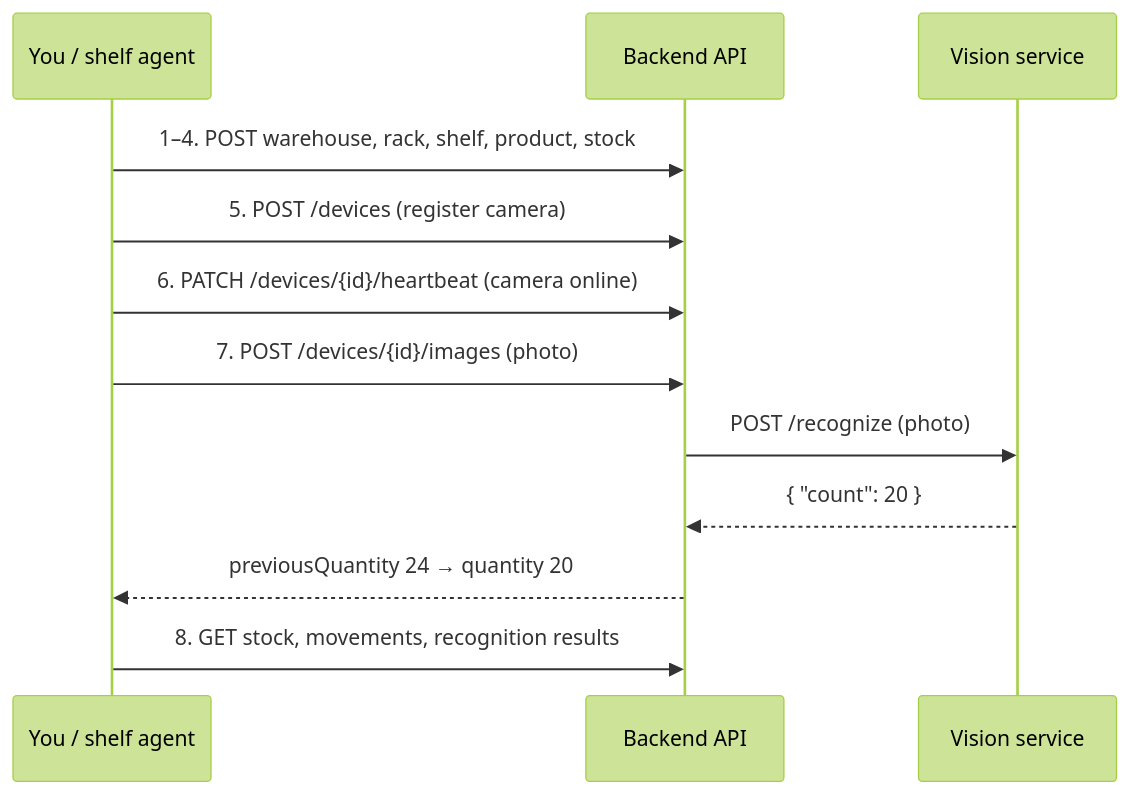
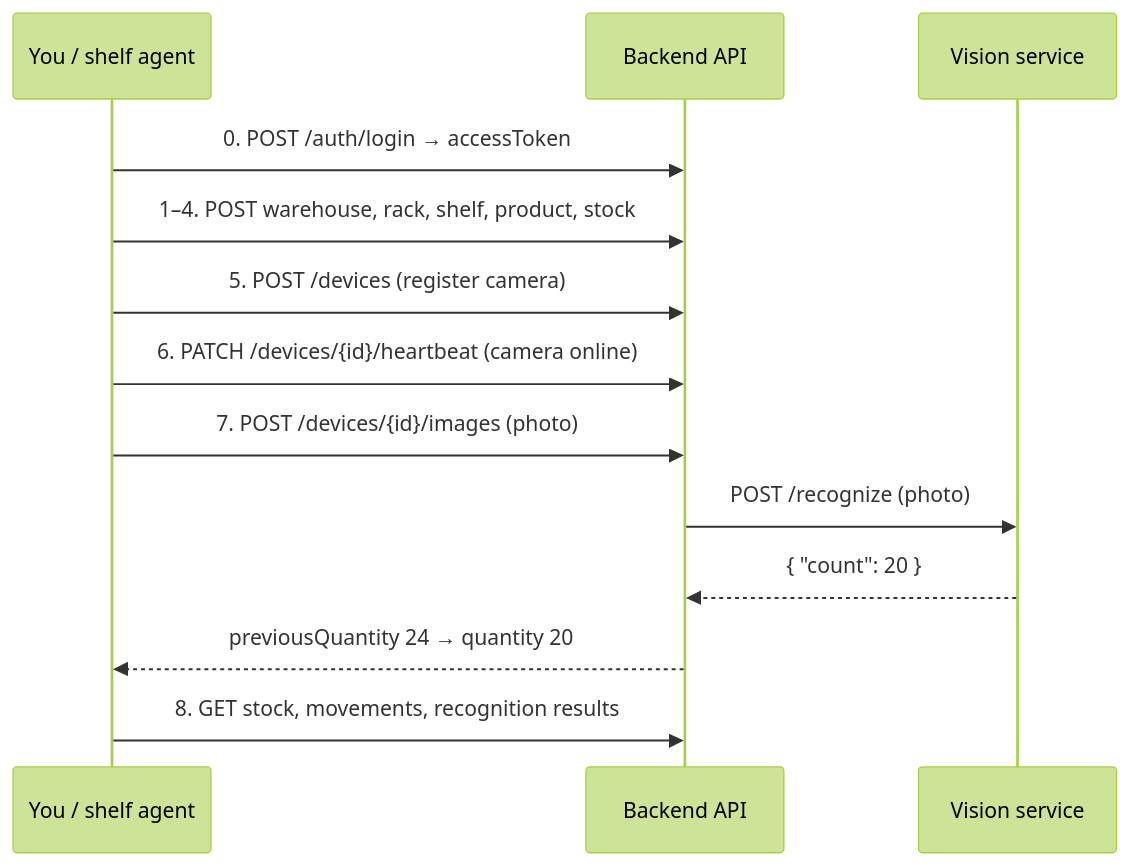
The diagram in Documentation/api/tutorials/connect-shelf-camera.md (Skri1l/Smart-Warehouse), drawn with Mermaid (forest theme) before and after one commit. The commit also changed other lines of this file and 7 other files, not shown here.

````diff
--- a/Documentation/api/tutorials/connect-shelf-camera.md
+++ b/Documentation/api/tutorials/connect-shelf-camera.md
@@ -9,14 +20,15 @@
 ```mermaid
 sequenceDiagram
   participant You as You / shelf agent
   participant API as Backend API
   participant V as Vision service
+  You->>API: 0. POST /auth/login → accessToken
   You->>API: 1–4. POST warehouse, rack, shelf, product, stock
   You->>API: 5. POST /devices (register camera)
   You->>API: 6. PATCH /devices/{id}/heartbeat (camera online)
   You->>API: 7. POST /devices/{id}/images (photo)
   API->>V: POST /recognize (photo)
   V-->>API: { "count": 20 }
   API-->>You: previousQuantity 24 → quantity 20
   You->>API: 8. GET stock, movements, recognition results
 ```
````
